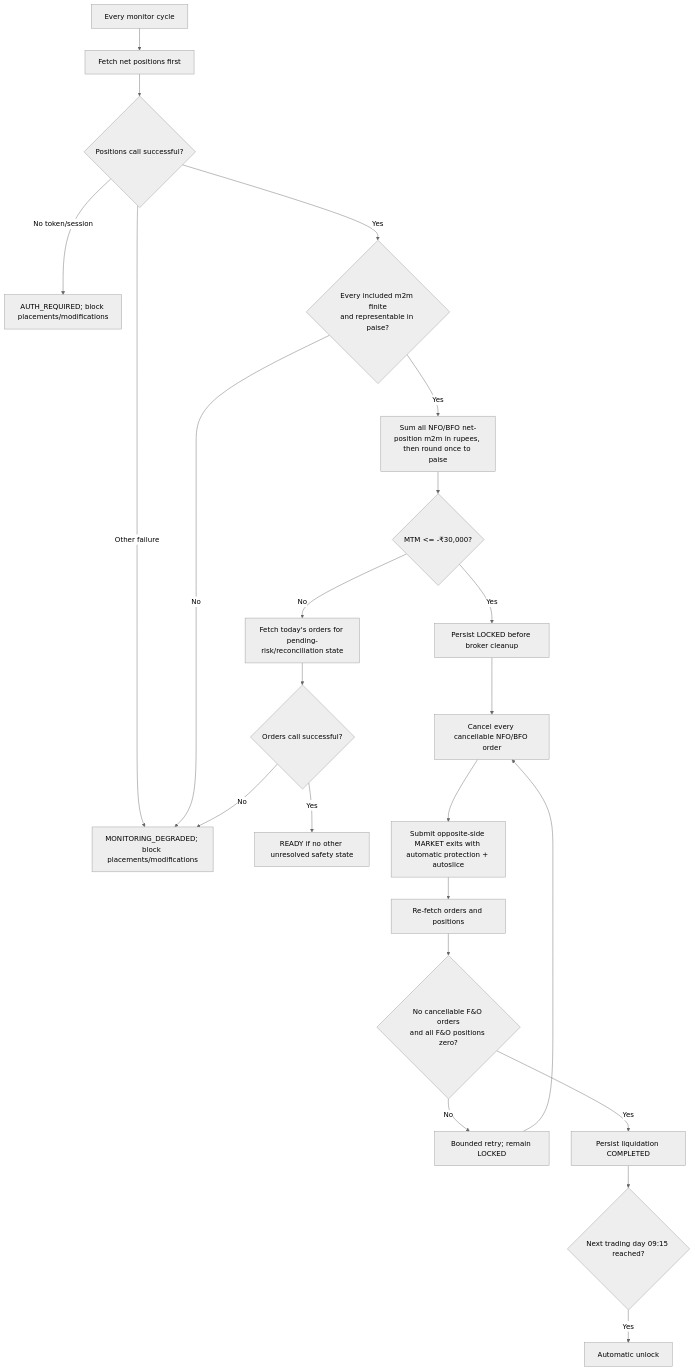
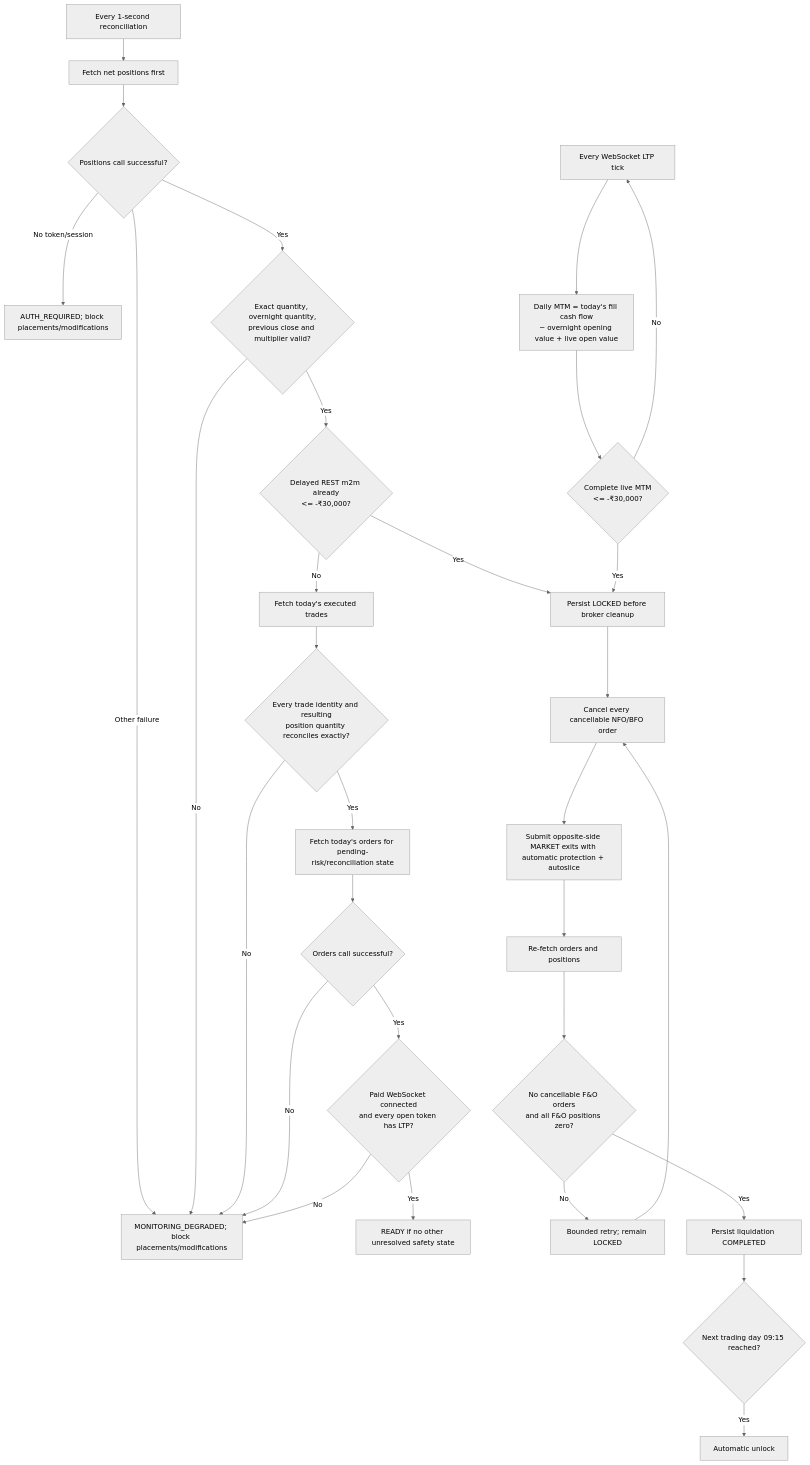
Before and after one commit to 100xRahul/tradeguardian-zerodha-fno-discipline: the fifth of 5 diagrams in PRODUCT.md, drawn with Mermaid (neutral theme). The commit also changed other lines of this file and 22 other files, not shown here.

First line of the commit message:
feat: harden broker reconciliation and session persistence

````diff
--- a/PRODUCT.md
+++ b/PRODUCT.md
@@ -105,25 +116,33 @@
 ```mermaid
 flowchart TD
-    T["Every monitor cycle"] --> P["Fetch net positions first"]
+    T["Every 1-second reconciliation"] --> P["Fetch net positions first"]
     P --> Q{"Positions call successful?"}
     Q -- No token/session --> AR["AUTH_REQUIRED; block placements/modifications"]
     Q -- Other failure --> DG["MONITORING_DEGRADED; block placements/modifications"]
-    Q -- Yes --> V{"Every included m2m finite<br/>and representable in paise?"}
+    Q -- Yes --> V{"Exact quantity, overnight quantity,<br/>previous close and multiplier valid?"}
     V -- No --> DG
-    V -- Yes --> M["Sum all NFO/BFO net-position m2m in rupees, then round once to paise"]
-    M --> C{"MTM <= -₹30,000?"}
-    C -- No --> O["Fetch today's orders for pending-risk/reconciliation state"]
+    V -- Yes --> B{"Delayed REST m2m already<br/><= -₹30,000?"}
+    B -- Yes --> L["Persist LOCKED before broker cleanup"]
+    B -- No --> TR["Fetch today's executed trades"]
+    TR --> TV{"Every trade identity and resulting<br/>position quantity reconciles exactly?"}
+    TV -- No --> DG
+    TV -- Yes --> O["Fetch today's orders for pending-risk/reconciliation state"]
     O --> OS{"Orders call successful?"}
     OS -- No --> DG
-    OS -- Yes --> RD["READY if no other unresolved safety state"]
-    C -- Yes --> L["Persist LOCKED before broker cleanup"]
+    OS -- Yes --> WS{"Paid WebSocket connected<br/>and every open token has LTP?"}
+    WS -- No --> DG
+    WS -- Yes --> RD["READY if no other unresolved safety state"]
+    WT["Every WebSocket LTP tick"] --> FML["Daily MTM = today's fill cash flow<br/>− overnight opening value + live open value"]
+    FML --> C{"Complete live MTM<br/><= -₹30,000?"}
+    C -- No --> WT
+    C -- Yes --> L
     L --> CA["Cancel every cancellable NFO/BFO order"]
     CA --> EX["Submit opposite-side MARKET exits with automatic protection + autoslice"]
     EX --> RC["Re-fetch orders and positions"]
     RC --> F{"No cancellable F&O orders<br/>and all F&O positions zero?"}
     F -- No --> RT["Bounded retry; remain LOCKED"]
     RT --> CA
     F -- Yes --> DONE["Persist liquidation COMPLETED"]
     DONE --> U{"Next trading day 09:15 reached?"}
     U -- Yes --> UN["Automatic unlock"]
 ```
````
